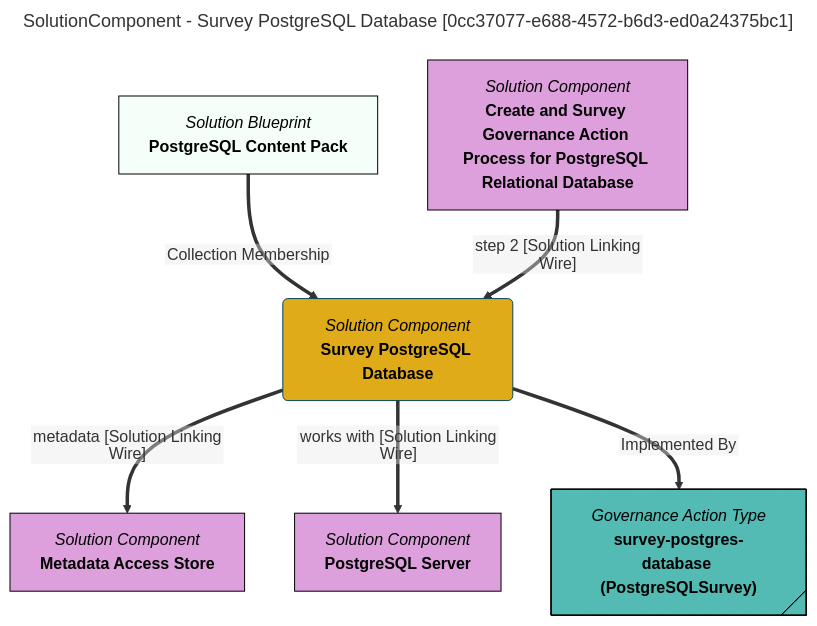
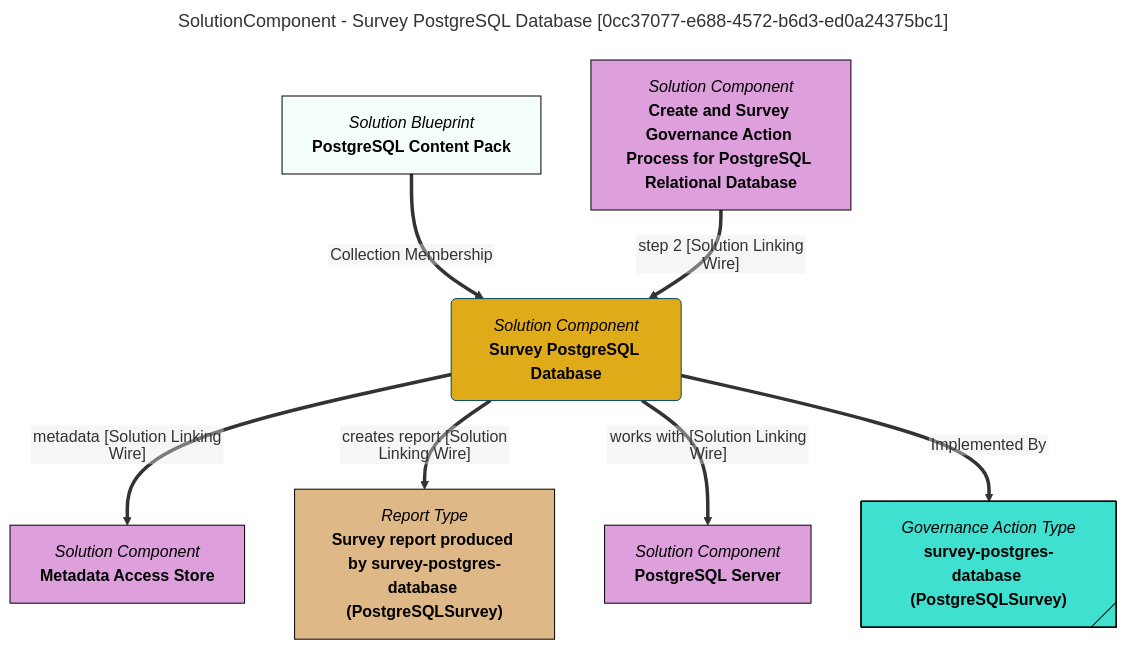
Before and after one commit to odpi/egeria-docs: the diagram in site/snippets/blueprints/components/survey-postgres-database-mermaid-graph.md, drawn with Mermaid. The commit also changed 2201 other files, not shown here.

````diff
--- a/site/snippets/blueprints/components/survey-postgres-database-mermaid-graph.md
+++ b/site/snippets/blueprints/components/survey-postgres-database-mermaid-graph.md
@@ -1,35 +1,39 @@
 ```mermaid
 ---
 title: SolutionComponent - Survey PostgreSQL Database [0cc37077-e688-4572-b6d3-ed0a24375bc1]
 ---
 flowchart TD
 %%{init: {"flowchart": {"htmlLabels": false}} }%%
 
 1@{ shape: rounded, label: "*Solution Component*
 **Survey PostgreSQL Database**"}
 2@{ shape: rect, label: "*Solution Blueprint*
 **PostgreSQL Content Pack**"}
 2==>|"Collection Membership"|1
 3@{ shape: rect, label: "*Solution Component*
 **Create and Survey Governance Action Process for PostgreSQL Relational Database**"}
 3==>|"step 2 [Solution Linking Wire]"|1
 4@{ shape: rect, label: "*Solution Component*
 **Metadata Access Store**"}
 1==>|"metadata [Solution Linking Wire]"|4
-5@{ shape: rect, label: "*Solution Component*
+5@{ shape: rect, label: "*Report Type*
+**Survey report produced by survey-postgres-database (PostgreSQLSurvey)**"}
+1==>|"creates report [Solution Linking Wire]"|5
+6@{ shape: rect, label: "*Solution Component*
 **PostgreSQL Server**"}
-1==>|"works with [Solution Linking Wire]"|5
-6@{ shape: tag-rect, label: "*Governance Action Type*
+1==>|"works with [Solution Linking Wire]"|6
+7@{ shape: tag-rect, label: "*Governance Action Type*
 **survey-postgres-database (PostgreSQLSurvey)**"}
-1==>|"Implemented By"|6
+1==>|"Implemented By"|7
 style 1 color:#000000, fill:#e0ab18, stroke:#004563
 style 2 color:#000000, fill:#f5fffa, stroke:#000000
-style 3 color:#000000, fill:#dda0dd, stroke:#000000
-style 4 color:#000000, fill:#dda0dd, stroke:#000000
-style 5 color:#000000, fill:#dda0dd, stroke:#000000
-style 6 color:#000000, fill:#53bbb4, stroke:#000000
+style 3 color:#000000, fill:#DDA0DD, stroke:#000000
+style 4 color:#000000, fill:#DDA0DD, stroke:#000000
+style 5 color:#000000, fill:#DEB887, stroke:#000000
+style 6 color:#000000, fill:#DDA0DD, stroke:#000000
+style 7 color:#000000, fill:#40E0D0, stroke:#000000
 click 1 "https://egeria-project.org/concepts/governance-action-type/" "Click for more documentation" _blank
 click 3 "https://egeria-project.org/egeria-solutions/leveraging-postgres/overview/" "Click for more documentation" _blank
 click 4 "https://egeria-project.org/concepts/metadata-access-store/" "Click for more documentation" _blank
-click 5 "https://www.postgresql.org/" "Click for more documentation" _blank
+click 6 "https://www.postgresql.org/" "Click for more documentation" _blank
 ```
````
